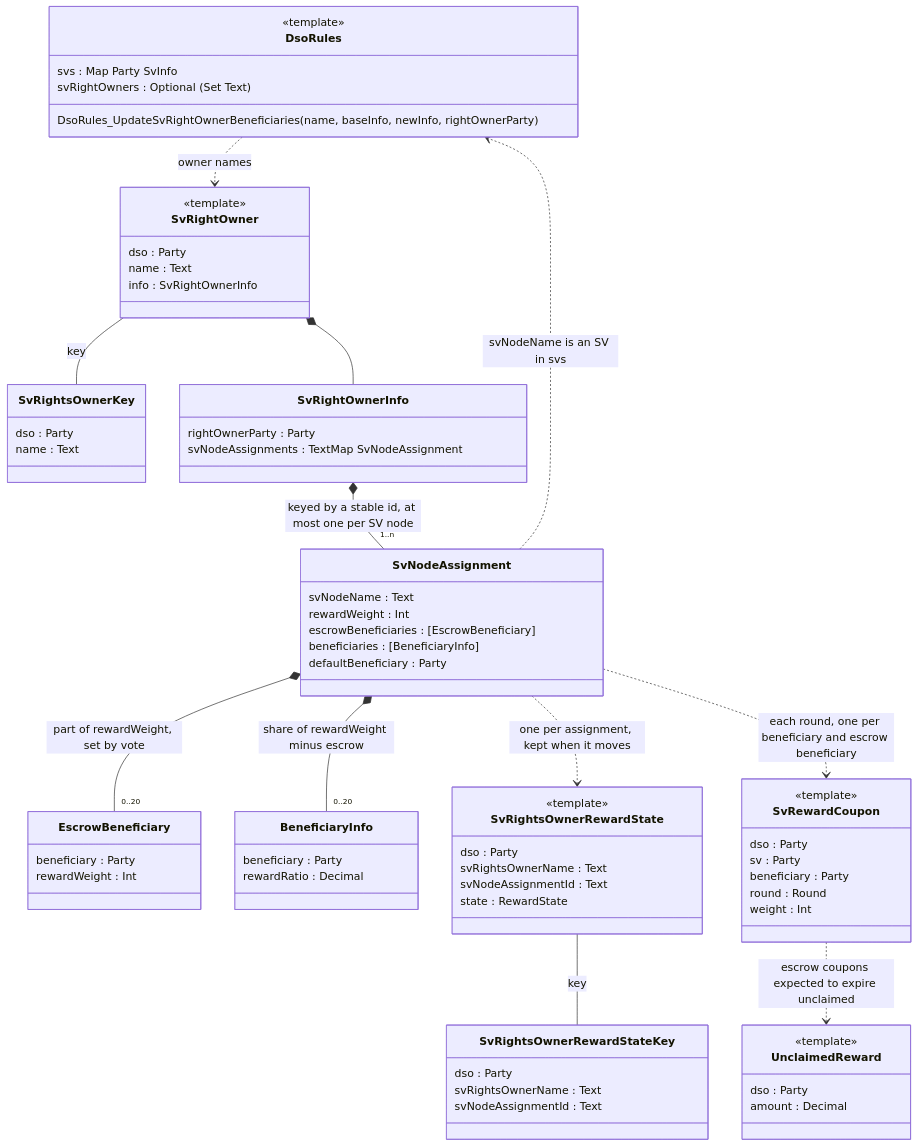
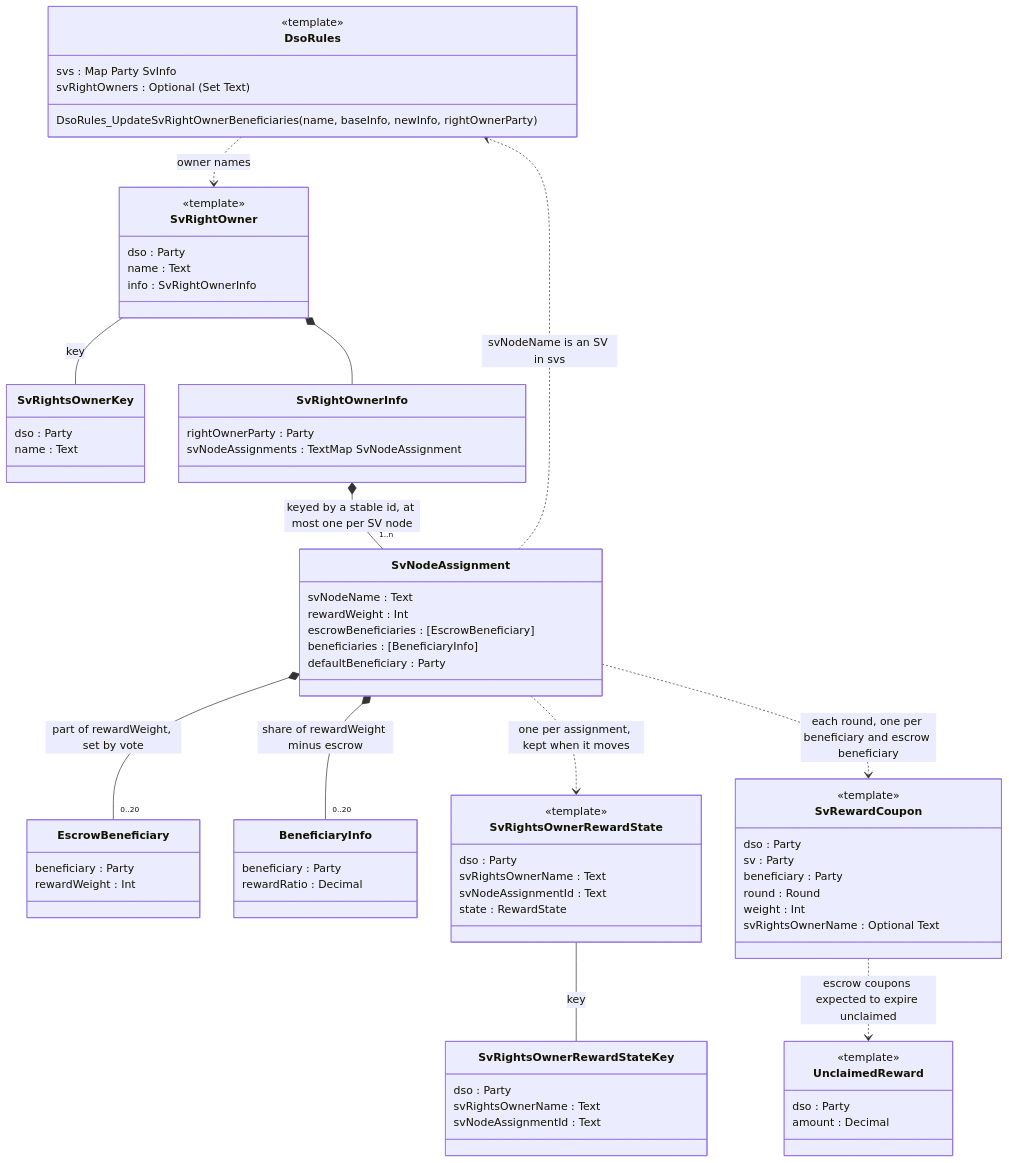
One commit to canton-network/splice-on-ledger-sv-weights changed the diagram in SV_RIGHTS_OWNERS_POC.md. Above: the diagram before and after it, drawn with Mermaid. The commit also changed 5 other files, not shown here.

Commit message:
feat(sv-weights): add the SV rights owner's name to SvRewardCoupon

````diff
--- a/SV_RIGHTS_OWNERS_POC.md
+++ b/SV_RIGHTS_OWNERS_POC.md
@@ -3,75 +3,76 @@
 ```mermaid
 classDiagram
     direction TB
     class DsoRules {
         <<template>>
         svs : Map Party SvInfo
         svRightOwners : Optional #40;Set Text#41;
         DsoRules_UpdateSvRightOwnerBeneficiaries(name, baseInfo, newInfo, rightOwnerParty)
     }
     class SvRightOwner {
         <<template>>
         dso : Party
         name : Text
         info : SvRightOwnerInfo
     }
     class SvRightsOwnerKey {
         dso : Party
         name : Text
     }
     class SvRightOwnerInfo {
         rightOwnerParty : Party
         svNodeAssignments : TextMap SvNodeAssignment
     }
     class SvNodeAssignment {
         svNodeName : Text
         rewardWeight : Int
         escrowBeneficiaries : [EscrowBeneficiary]
         beneficiaries : [BeneficiaryInfo]
         defaultBeneficiary : Party
     }
     class EscrowBeneficiary {
         beneficiary : Party
         rewardWeight : Int
     }
     class BeneficiaryInfo {
         beneficiary : Party
         rewardRatio : Decimal
     }
     class SvRewardCoupon {
         <<template>>
         dso : Party
         sv : Party
         beneficiary : Party
         round : Round
         weight : Int
+        svRightsOwnerName : Optional Text
     }
     class UnclaimedReward {
         <<template>>
         dso : Party
         amount : Decimal
     }
     class SvRightsOwnerRewardState {
         <<template>>
         dso : Party
         svRightsOwnerName : Text
         svNodeAssignmentId : Text
         state : RewardState
     }
     class SvRightsOwnerRewardStateKey {
         dso : Party
         svRightsOwnerName : Text
         svNodeAssignmentId : Text
     }
     DsoRules ..> SvRightOwner : owner names
     SvRightOwner -- SvRightsOwnerKey : key
     SvRightOwner *-- SvRightOwnerInfo
     SvRightOwnerInfo *-- "1..n" SvNodeAssignment : keyed by a stable id, at most one per SV node
     SvNodeAssignment *-- "0..20" EscrowBeneficiary : part of rewardWeight, set by vote
     SvNodeAssignment *-- "0..20" BeneficiaryInfo : share of rewardWeight minus escrow
     SvNodeAssignment ..> DsoRules : svNodeName is an SV in svs
     SvNodeAssignment ..> SvRightsOwnerRewardState : one per assignment, kept when it moves
     SvRightsOwnerRewardState -- SvRightsOwnerRewardStateKey : key
     SvNodeAssignment ..> SvRewardCoupon : each round, one per beneficiary and escrow beneficiary
     SvRewardCoupon ..> UnclaimedReward : escrow coupons expected to expire unclaimed
 ```
````
